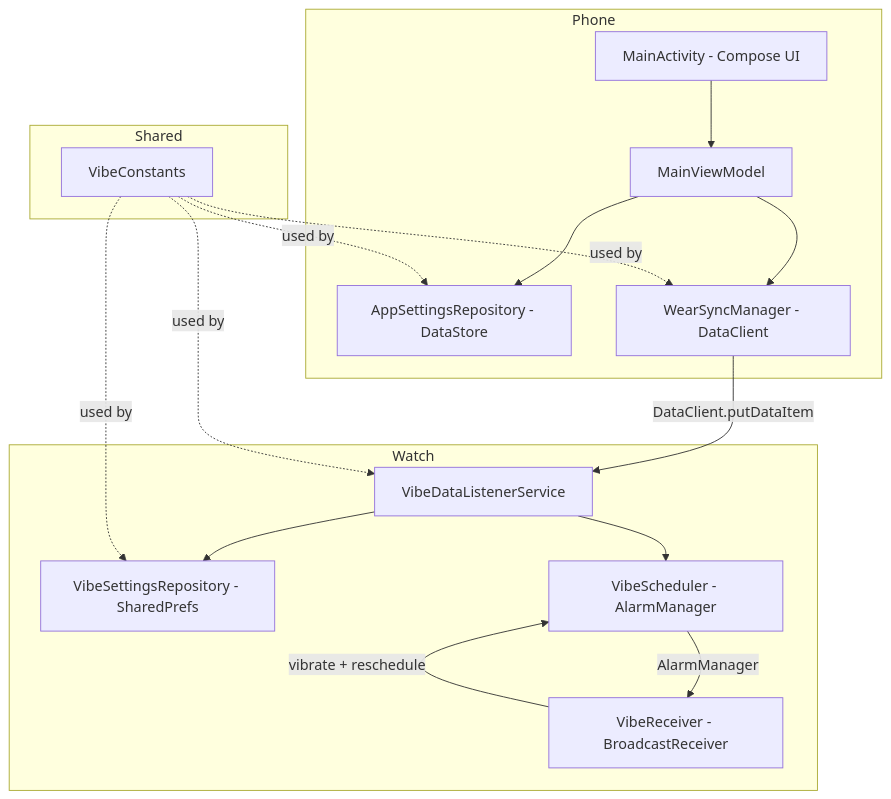
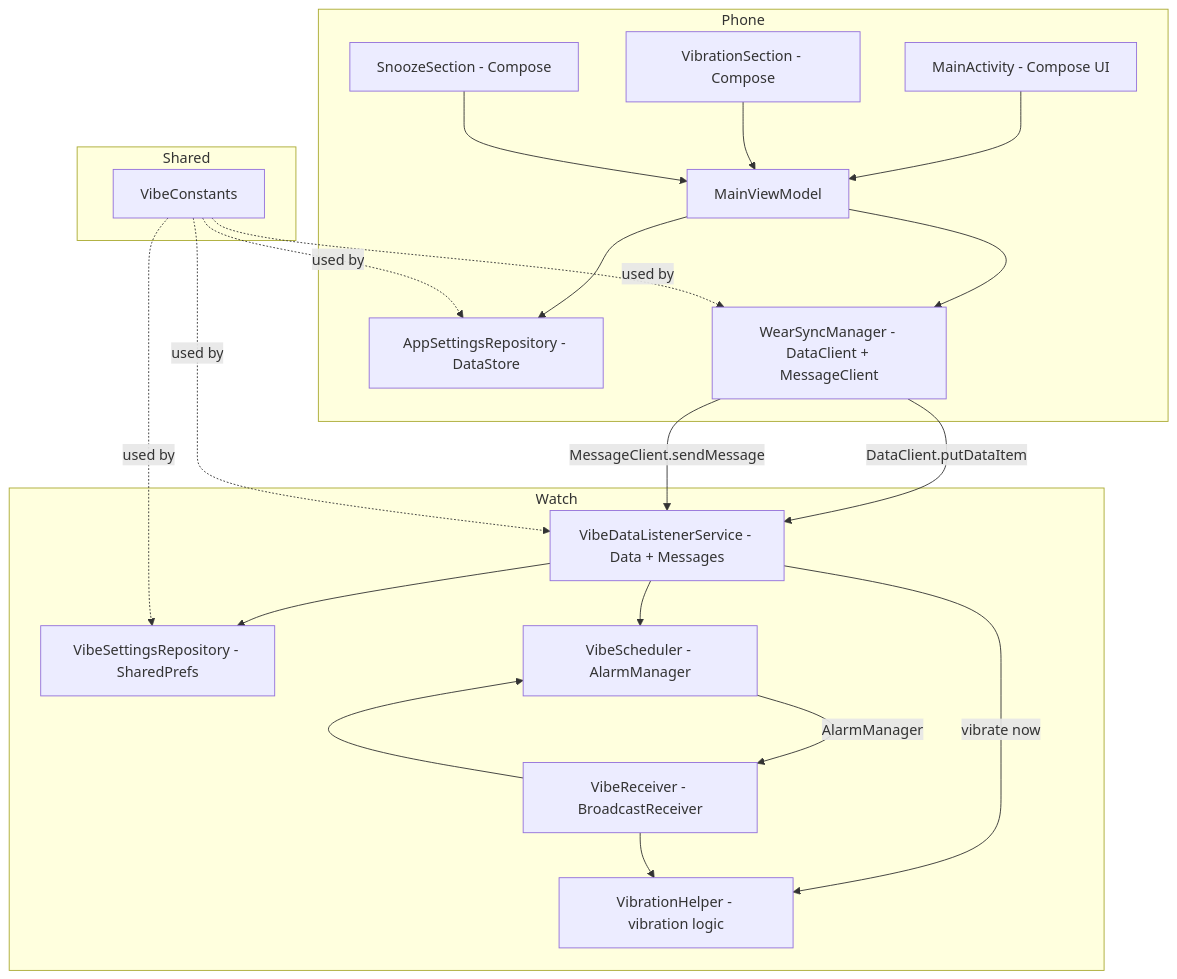
One commit to tjthejuggler/VILD changed the diagram in memory-bank/systemPatterns.md. Above: the diagram before and after it, drawn with Mermaid. The commit also changed other lines of this file and 497 other files, not shown here.

Commit message:
vibrate now works

````diff
--- a/memory-bank/systemPatterns.md
+++ b/memory-bank/systemPatterns.md
@@ -7,33 +7,41 @@
 ```mermaid
 graph TD
     subgraph Phone
         UI[MainActivity - Compose UI]
+        VibSec[VibrationSection - Compose]
+        SnoozeSec[SnoozeSection - Compose]
         VM[MainViewModel]
         Repo[AppSettingsRepository - DataStore]
-        Sync[WearSyncManager - DataClient]
+        Sync[WearSyncManager - DataClient + MessageClient]
     end
 
     subgraph Shared
         Const[VibeConstants]
     end
 
     subgraph Watch
-        Listener[VibeDataListenerService]
+        Listener[VibeDataListenerService - Data + Messages]
         WRepo[VibeSettingsRepository - SharedPrefs]
         Sched[VibeScheduler - AlarmManager]
         Recv[VibeReceiver - BroadcastReceiver]
+        VibHelp[VibrationHelper - vibration logic]
     end
 
     UI --> VM
+    VibSec --> VM
+    SnoozeSec --> VM
     VM --> Repo
     VM --> Sync
     Sync -->|DataClient.putDataItem| Listener
+    Sync -->|MessageClient.sendMessage| Listener
     Listener --> WRepo
     Listener --> Sched
+    Listener -->|vibrate now| VibHelp
     Sched -->|AlarmManager| Recv
-    Recv -->|vibrate + reschedule| Sched
+    Recv --> VibHelp
+    Recv --> Sched
     Const -.->|used by| Sync
     Const -.->|used by| Listener
     Const -.->|used by| Repo
     Const -.->|used by| WRepo
 ```
````
